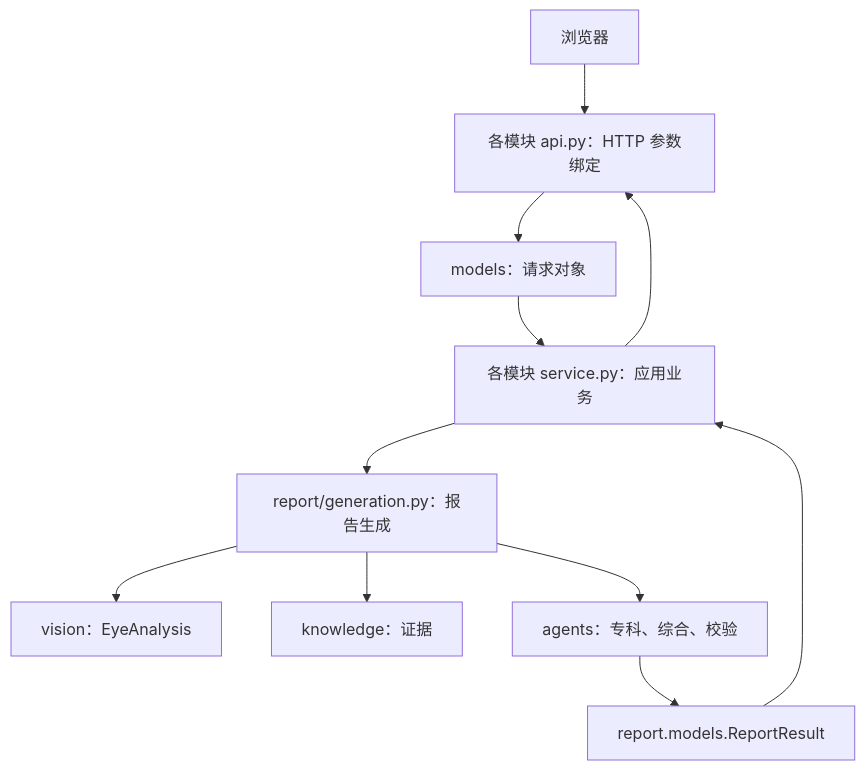
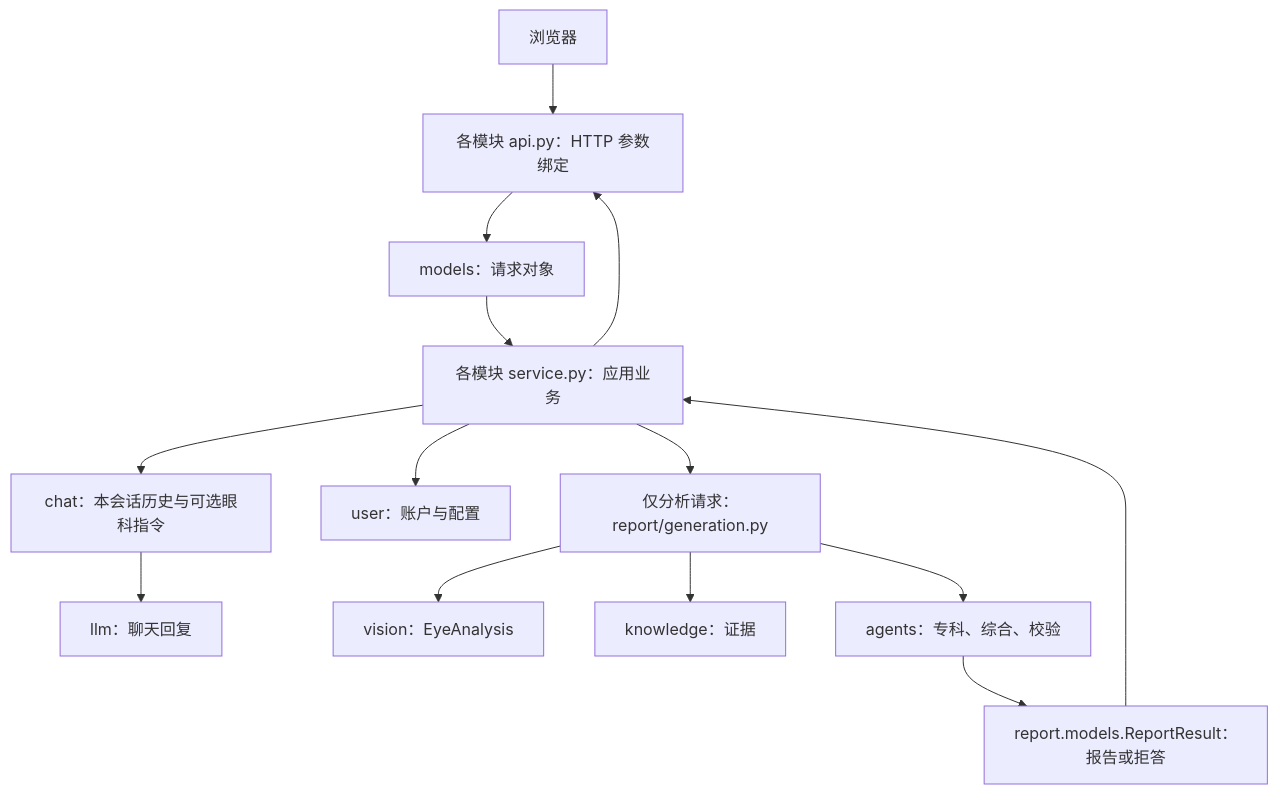
One commit to tpTwof/OcuPanel changed the diagram in docs/ARCHITECTURE.md. Above: the diagram before and after it, drawn with Mermaid. The commit also changed other lines of this file and 20 other files, not shown here.

````diff
--- a/docs/ARCHITECTURE.md
+++ b/docs/ARCHITECTURE.md
@@ -32,13 +33,16 @@
 ```mermaid
 flowchart TD
   Browser[浏览器] --> API[各模块 api.py：HTTP 参数绑定]
   API --> Request[models：请求对象]
   Request --> Service[各模块 service.py：应用业务]
-  Service --> Generation[report/generation.py：报告生成]
+  Service --> Chat[chat：本会话历史与可选眼科指令]
+  Chat --> LLM[llm：聊天回复]
+  Service --> Account[user：账户与配置]
+  Service --> Generation[仅分析请求：report/generation.py]
   Generation --> Vision[vision：EyeAnalysis]
   Generation --> Knowledge[knowledge：证据]
   Generation --> Agents[agents：专科、综合、校验]
-  Agents --> Result[report.models.ReportResult]
+  Agents --> Result[report.models.ReportResult：报告或拒答]
   Result --> Service
   Service --> API
 ```
````
